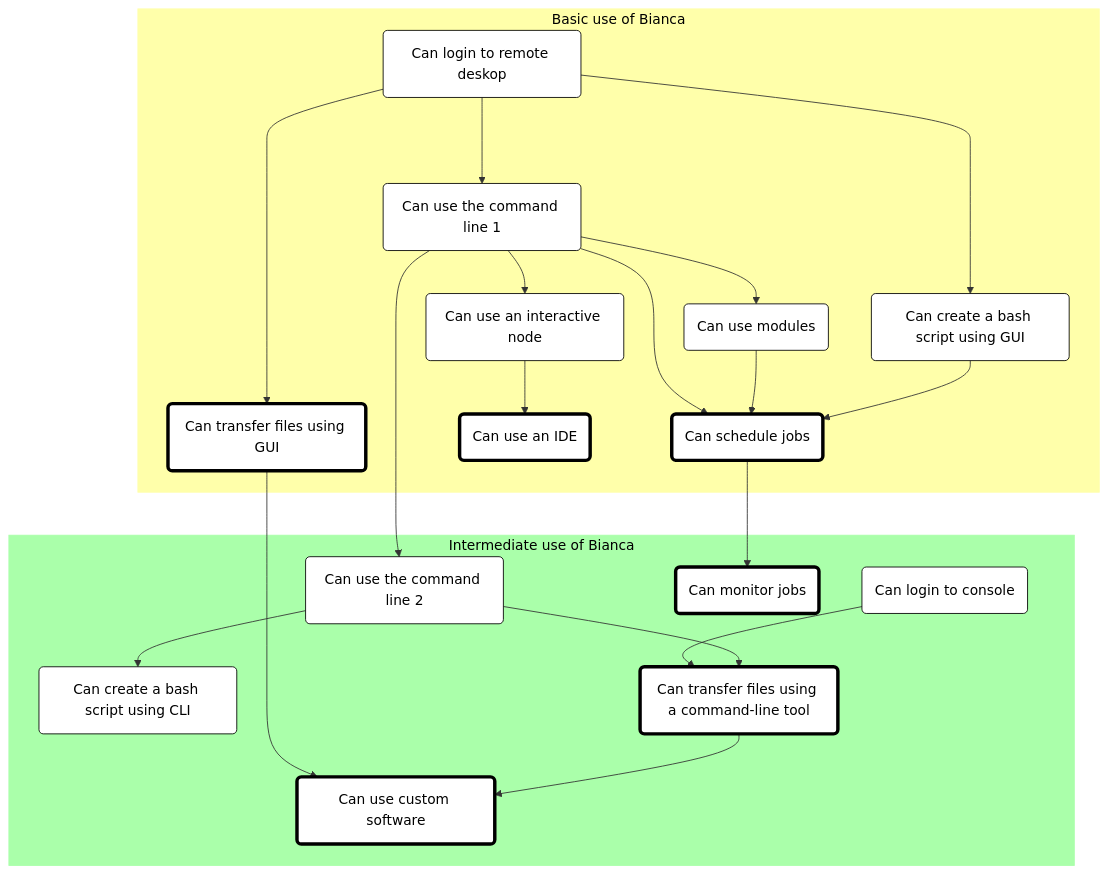
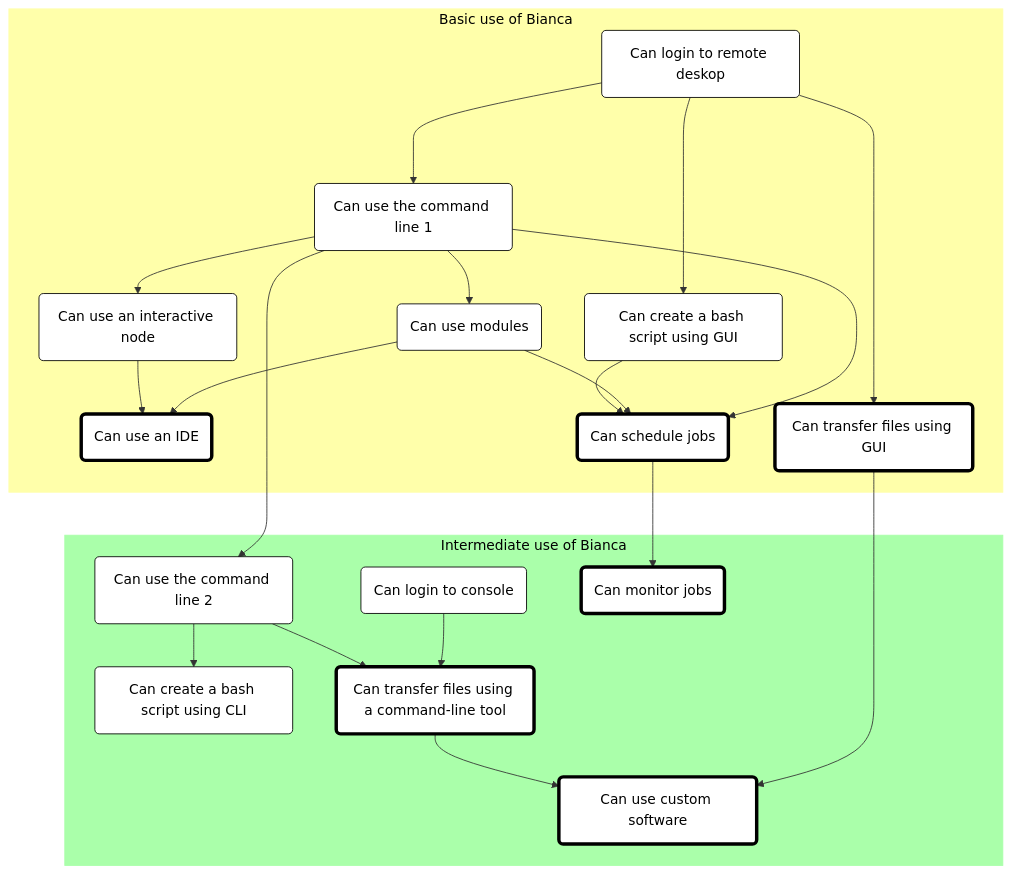
The diagram in docs/intro.md (UPPMAX/bianca_workshop), drawn with Mermaid before and after one commit.

Commit message:
Need modules for IDE

````diff
--- a/docs/intro.md
+++ b/docs/intro.md
@@ -44,58 +44,59 @@
 ```mermaid
 %% Direction is top->down
 flowchart TD
 
     %% Give a white background, instead of a transparent one
     classDef node fill:#fff,color:#000,stroke:#000
     classDef focus_node fill:#fff,color:#000,stroke:#000,stroke-width:4px
     
     subgraph sub_basic_use["Basic use of Bianca"]
       can_login_to_remove_desktop(Can login to remote deskop)
       can_use_command_line_1(Can use the command line 1)
       can_create_bash_script_using_gui(Can create a bash script using GUI)
       can_use_modules(Can use modules)
       can_use_interactive_node(Can use an interactive node)
       can_tranfer_files_using_gui(Can transfer files using GUI):::focus_node
       can_schedule_jobs(Can schedule jobs):::focus_node
       can_use_ide(Can use an IDE):::focus_node
     end
     style sub_basic_use fill:#ffa,color:#000,stroke:#ffa
 
 
 
     subgraph sub_intermediate_use["Intermediate use of Bianca"]
       can_login_to_console(Can login to console)
       can_use_command_line_2(Can use the command line 2)
       can_create_bash_script_using_cli(Can create a bash script using CLI)
       can_tranfer_files_using_cli(Can transfer files using a command-line tool):::focus_node
       can_use_custom_software(Can use custom software):::focus_node
       can_monitor_jobs(Can monitor jobs):::focus_node
     end
     style sub_intermediate_use fill:#afa,color:#000,stroke:#afa
 
     %% Basic
     can_login_to_remove_desktop ---> can_use_command_line_1
     can_login_to_remove_desktop ---> can_tranfer_files_using_gui
     can_login_to_remove_desktop ---> can_create_bash_script_using_gui
     can_use_command_line_1 --> can_use_modules
     can_use_command_line_1 --> can_use_interactive_node
     can_use_command_line_1 --> can_use_command_line_2
     can_use_command_line_1 --> can_schedule_jobs
     can_use_modules --> can_schedule_jobs
+    can_use_modules --> can_use_ide
     can_use_interactive_node --> can_use_ide
     can_create_bash_script_using_gui --> can_schedule_jobs
 
     %% Basic -> Intermediate
     can_tranfer_files_using_gui --> can_use_custom_software
     can_schedule_jobs --> can_monitor_jobs
 
     %% Make sure Intermediat in below Basic,
     %% using invisible nodes
     can_use_ide ~~~ can_use_command_line_2
 
     %% Intermediate
     can_login_to_console --> can_tranfer_files_using_cli
     can_use_command_line_2 --> can_create_bash_script_using_cli
     can_use_command_line_2 --> can_tranfer_files_using_cli
     can_tranfer_files_using_cli --> can_use_custom_software
 ```
````
